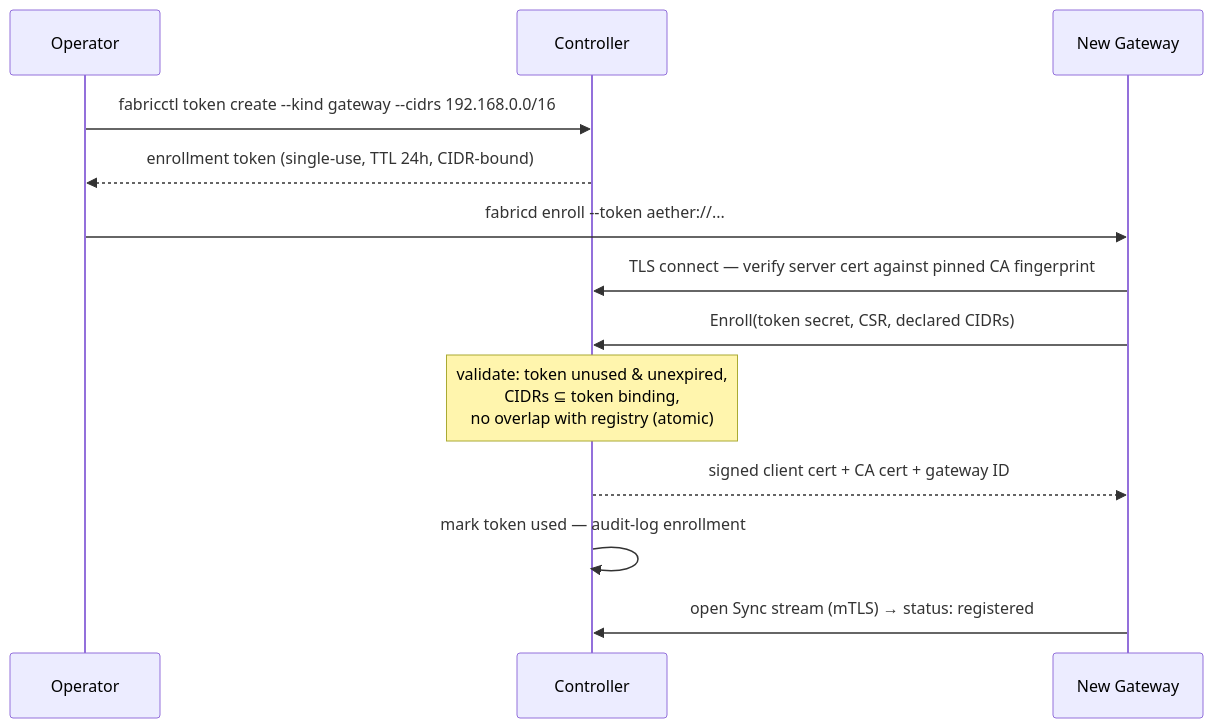
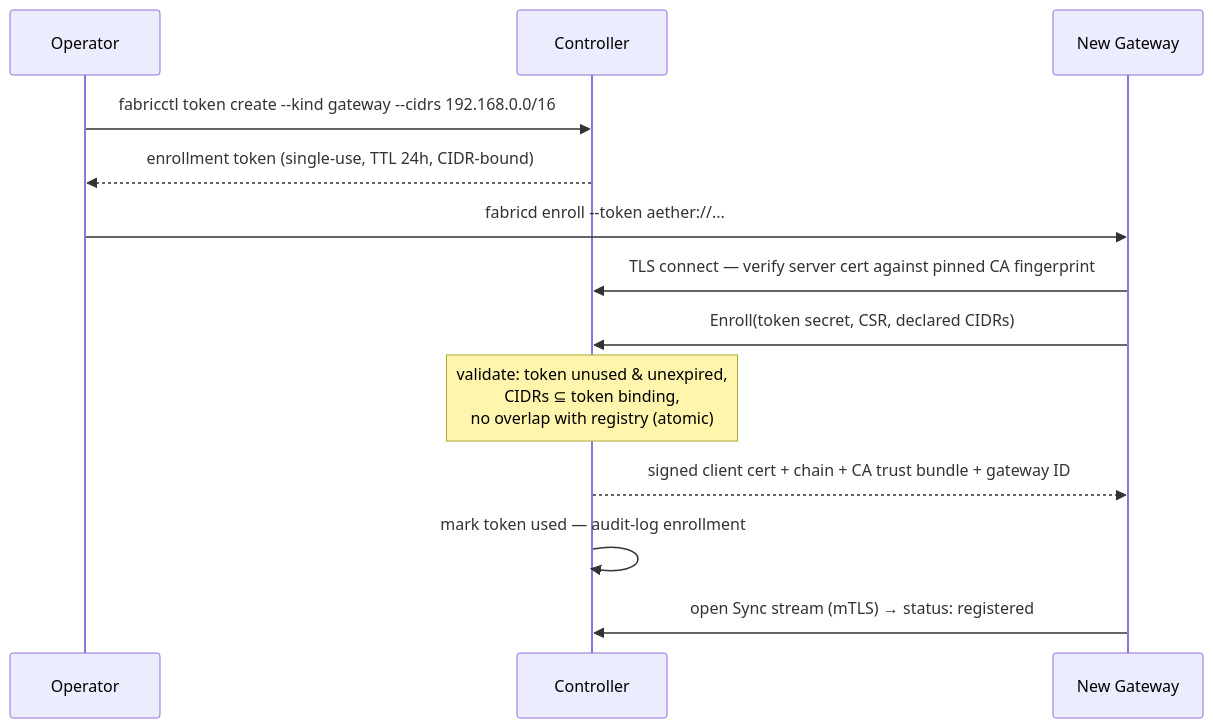
One commit to zozo6015/wireMesh changed the third of 7 diagrams in docs/superpowers/specs/2026-07-15-aetherlink-engineering-design.md. Above: the diagram before and after it, drawn with Mermaid. The commit also changed other lines of this file, not shown here.

````diff
--- a/docs/superpowers/specs/2026-07-15-aetherlink-engineering-design.md
+++ b/docs/superpowers/specs/2026-07-15-aetherlink-engineering-design.md
@@ -122,16 +123,16 @@
 ```mermaid
 sequenceDiagram
     participant Op as Operator
     participant C as Controller
     participant G as New Gateway
 
     Op->>C: fabricctl token create --kind gateway --cidrs 192.168.0.0/16
     C-->>Op: enrollment token (single-use, TTL 24h, CIDR-bound)
     Op->>G: fabricd enroll --token aether://...
     G->>C: TLS connect — verify server cert against pinned CA fingerprint
     G->>C: Enroll(token secret, CSR, declared CIDRs)
     Note over C: validate: token unused & unexpired,<br/>CIDRs ⊆ token binding,<br/>no overlap with registry (atomic)
-    C-->>G: signed client cert + CA cert + gateway ID
+    C-->>G: signed client cert + chain + CA trust bundle + gateway ID
     C->>C: mark token used — audit-log enrollment
     G->>C: open Sync stream (mTLS) → status: registered
 ```
````
